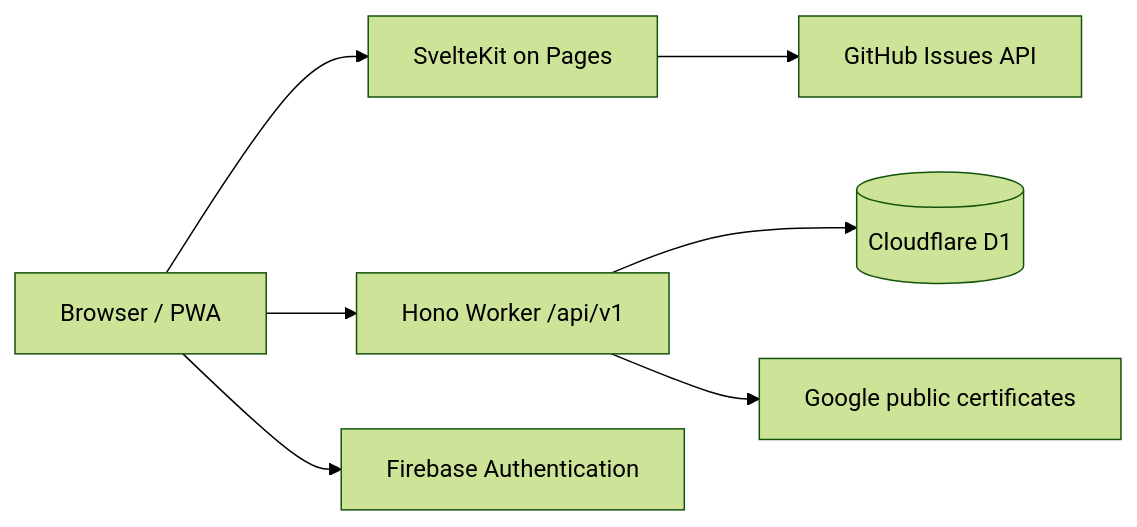
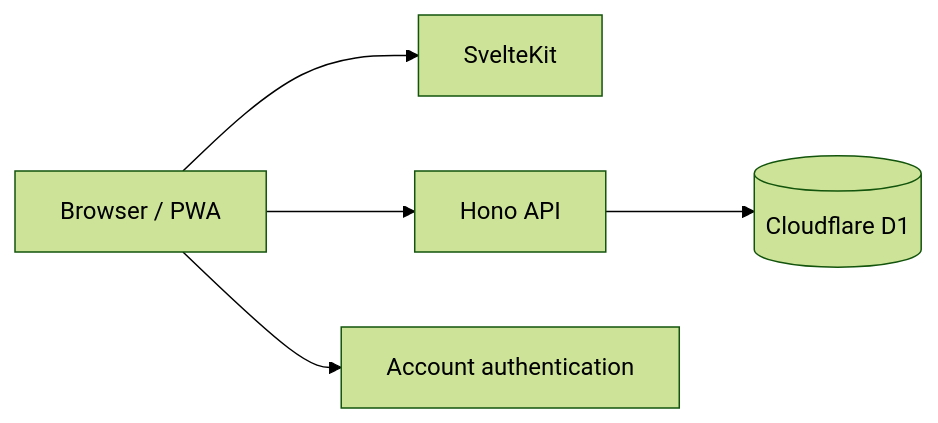
The diagram in docs/developer/architecture.md (soranjiro/tabitabi), drawn with Mermaid (forest theme) before and after one commit. The commit also changed other lines of this file and 29 other files, not shown here.

````diff
--- a/docs/developer/architecture.md
+++ b/docs/developer/architecture.md
@@ -58,9 +36,7 @@
 ```mermaid
 flowchart LR
-    Browser[Browser / PWA] --> Web[SvelteKit on Pages]
-    Browser --> API[Hono Worker /api/v1]
-    API --> D1[(Cloudflare D1)]
-    Browser --> Firebase[Firebase Authentication]
-    API --> FirebaseCerts[Google public certificates]
-    Web --> GitHub[GitHub Issues API]
+    Client[Browser / PWA] --> Web[SvelteKit]
+    Client --> API[Hono API]
+    API --> DB[(Cloudflare D1)]
+    Client --> Auth[Account authentication]
 ```
````
